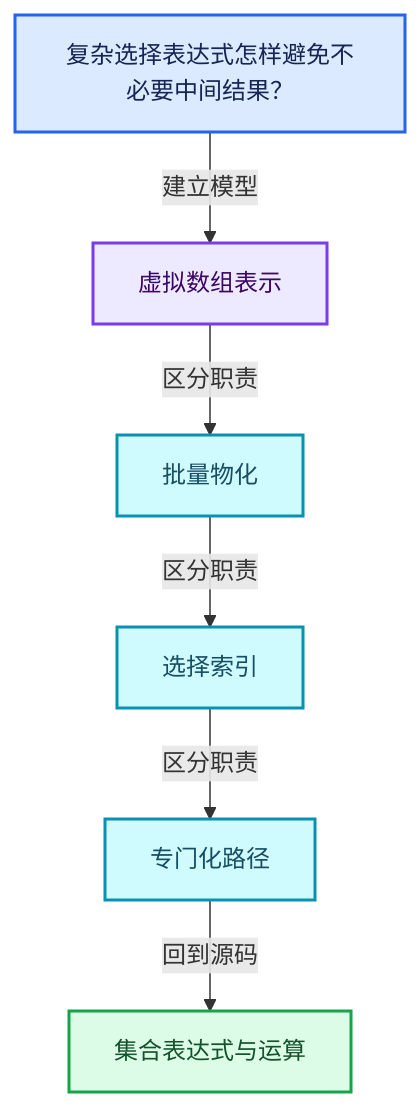
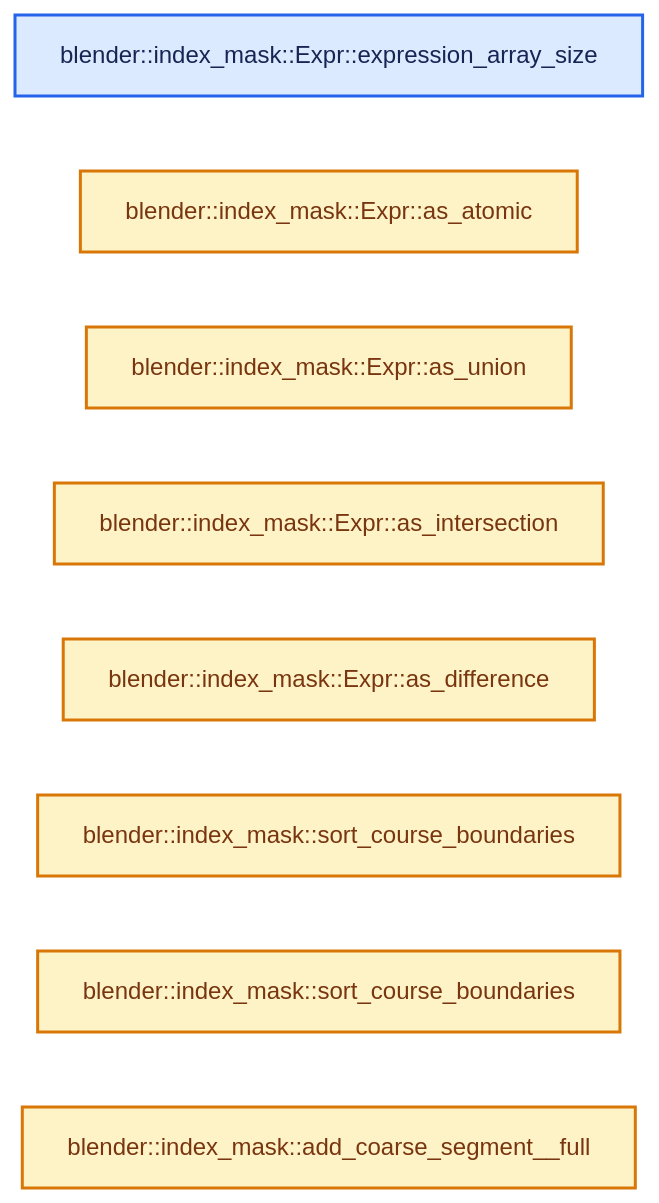
The second of 4 diagrams in 杂/markdown/全面学习-codex/04-虚拟数组与索引选择/11-集合表达式与运算.md (yunkezengren/blender-.vscode), drawn with Mermaid before and after one commit. The commit also changed other lines of this file and 1930 other files, not shown here.

````diff
--- a/杂/markdown/全面学习-codex/04-虚拟数组与索引选择/11-集合表达式与运算.md
+++ b/杂/markdown/全面学习-codex/04-虚拟数组与索引选择/11-集合表达式与运算.md
@@ -61,20 +46,17 @@
 ```mermaid
-flowchart TB
-  Q["复杂选择表达式怎样避免不必要中间结果？"]:::input
-  C0["虚拟数组表示"]:::abstraction
-  C1["批量物化"]:::data
-  C2["选择索引"]:::data
-  C3["专门化路径"]:::data
-  R["集合表达式与运算"]:::result
-  Q -->|"建立模型"| C0
-  C0 -->|"区分职责"| C1
-  C1 -->|"区分职责"| C2
-  C2 -->|"区分职责"| C3
-  C3 -->|"回到源码"| R
+flowchart LR
+  F0["blender::index_mask::Expr::expression_array_size"]:::input
+  F1["blender::index_mask::Expr::as_atomic"]:::compute
+  F2["blender::index_mask::Expr::as_union"]:::compute
+  F3["blender::index_mask::Expr::as_intersection"]:::compute
+  F4["blender::index_mask::Expr::as_difference"]:::compute
+  F5["blender::index_mask::sort_course_boundaries"]:::compute
+  F6["blender::index_mask::sort_course_boundaries"]:::compute
+  F7["blender::index_mask::add_coarse_segment__full"]:::compute
   classDef input fill:#DBEAFE,stroke:#2563EB,color:#172554,stroke-width:2px;
   classDef data fill:#CFFAFE,stroke:#0891B2,color:#164E63,stroke-width:2px;
   classDef abstraction fill:#EDE9FE,stroke:#7C3AED,color:#3B0764,stroke-width:2px;
   classDef compute fill:#FEF3C7,stroke:#D97706,color:#78350F,stroke-width:2px;
   classDef result fill:#DCFCE7,stroke:#16A34A,color:#14532D,stroke-width:2px;
   classDef error fill:#FEE2E2,stroke:#DC2626,color:#7F1D1D,stroke-width:2px;
 ```
````
